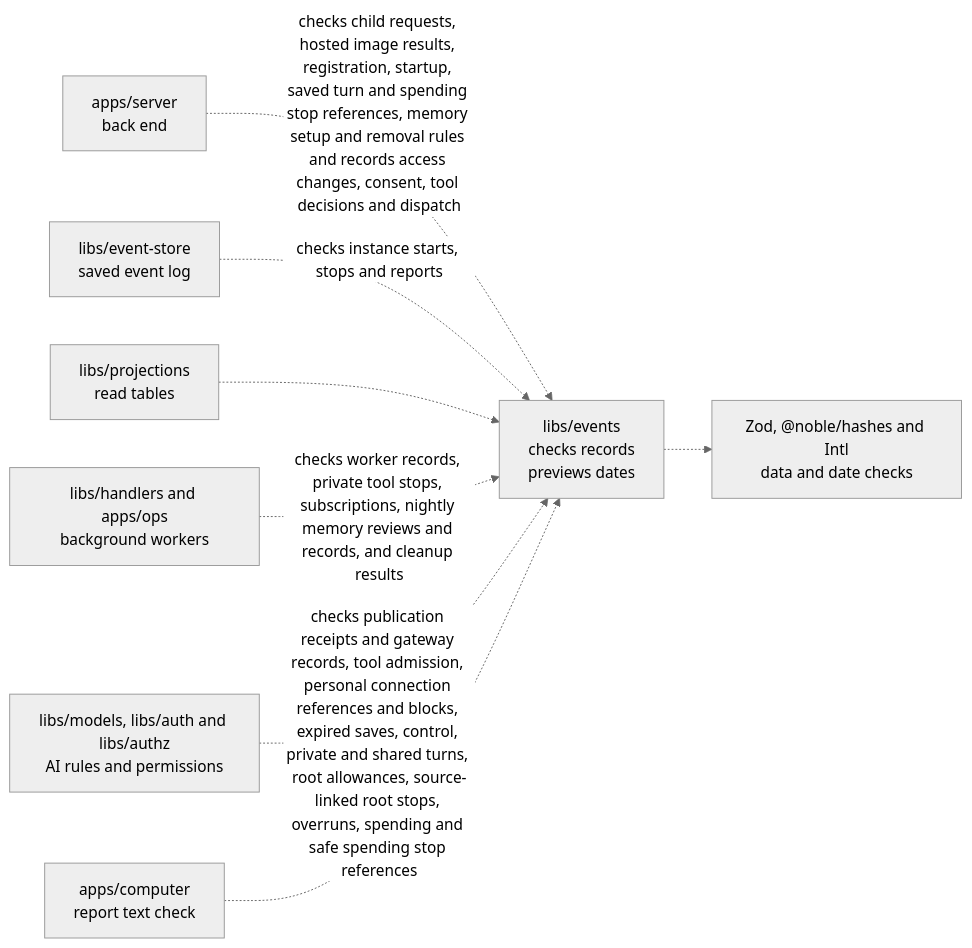
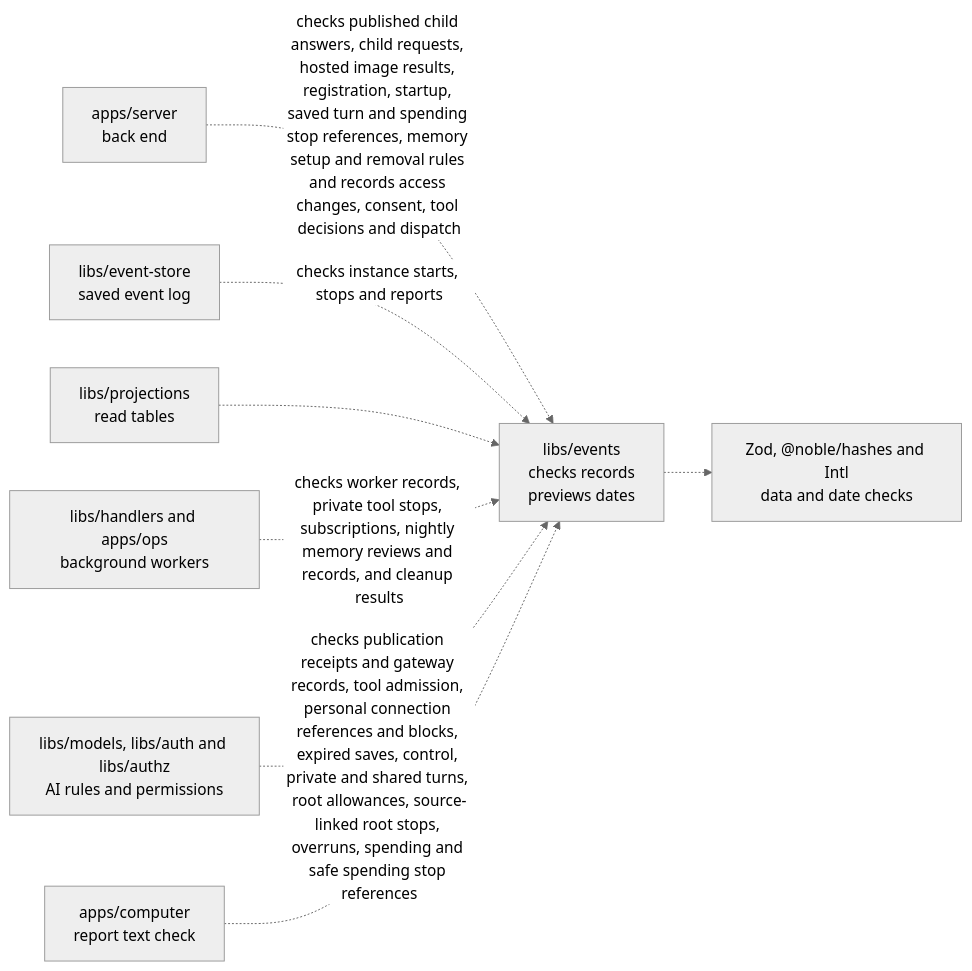
The diagram in libs/events/README.md (elewa-git/opencrane-new), drawn with Mermaid (neutral theme) before and after one commit. The commit also changed other lines of this file and 16 other files, not shown here.

Commit message:
🧵 Publish reviewed final child answers to their parent chat

````diff
--- a/libs/events/README.md
+++ b/libs/events/README.md
@@ -27,10 +27,10 @@
 ```mermaid
 flowchart LR
-  server["apps/server<br/>back end"] -.->|checks child requests, hosted image results, registration, startup, saved turn and spending stop references, memory setup and removal rules and records access changes, consent, tool decisions and dispatch| events["libs/events<br/>checks records<br/>previews dates"]
+  server["apps/server<br/>back end"] -.->|checks published child answers, child requests, hosted image results, registration, startup, saved turn and spending stop references, memory setup and removal rules and records access changes, consent, tool decisions and dispatch| events["libs/events<br/>checks records<br/>previews dates"]
   store["libs/event-store<br/>saved event log"] -.->|checks instance starts, stops and reports| events
   projections["libs/projections<br/>read tables"] -.-> events
   workers["libs/handlers and apps/ops<br/>background workers"] -.->|checks worker records, private tool stops, subscriptions, nightly memory reviews and records, and cleanup results| events
   others["libs/models, libs/auth and libs/authz<br/>AI rules and permissions"] -.->|checks publication receipts and gateway records, tool admission, personal connection references and blocks, expired saves, control, private and shared turns, root allowances, source-linked root stops, overruns, spending and safe spending stop references| events
   computer["apps/computer<br/>report text check"] -.-> events
   events -.-> checks["Zod, @noble/hashes and Intl<br/>data and date checks"]
 ```
````
